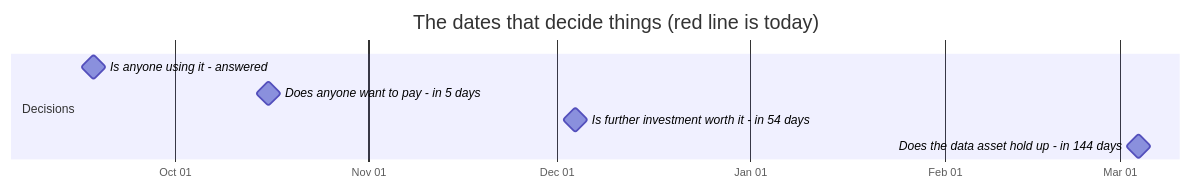
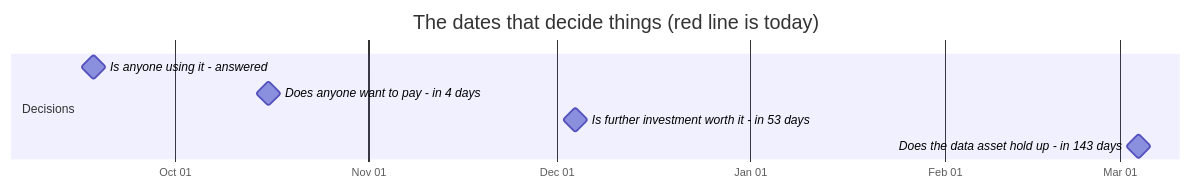
Before and after one commit to jakegu1/vetagent: the first of 2 diagrams in docs/OWNER.md, drawn with Mermaid. The commit also changed other lines of this file and 6 other files, not shown here.

````diff
--- a/docs/OWNER.md
+++ b/docs/OWNER.md
@@ -76,12 +76,12 @@
 ```mermaid
 gantt
     dateFormat YYYY-MM-DD
     axisFormat %b %d
     todayMarker stroke-width:3px,stroke:#d33,stroke-dasharray:0
     title The dates that decide things (red line is today)
     section Decisions
     Is anyone using it - answered :milestone, 2026-09-18, 0d
-    Does anyone want to pay - in 5 days :milestone, 2026-10-16, 0d
-    Is further investment worth it - in 54 days :milestone, 2026-12-04, 0d
-    Does the data asset hold up - in 144 days :milestone, 2027-03-04, 0d
+    Does anyone want to pay - in 4 days :milestone, 2026-10-16, 0d
+    Is further investment worth it - in 53 days :milestone, 2026-12-04, 0d
+    Does the data asset hold up - in 143 days :milestone, 2027-03-04, 0d
 ```
````
